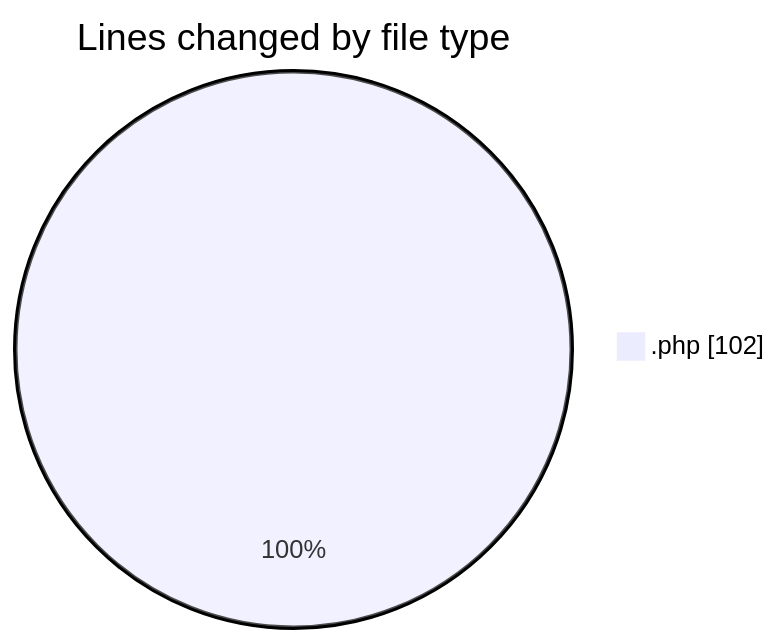
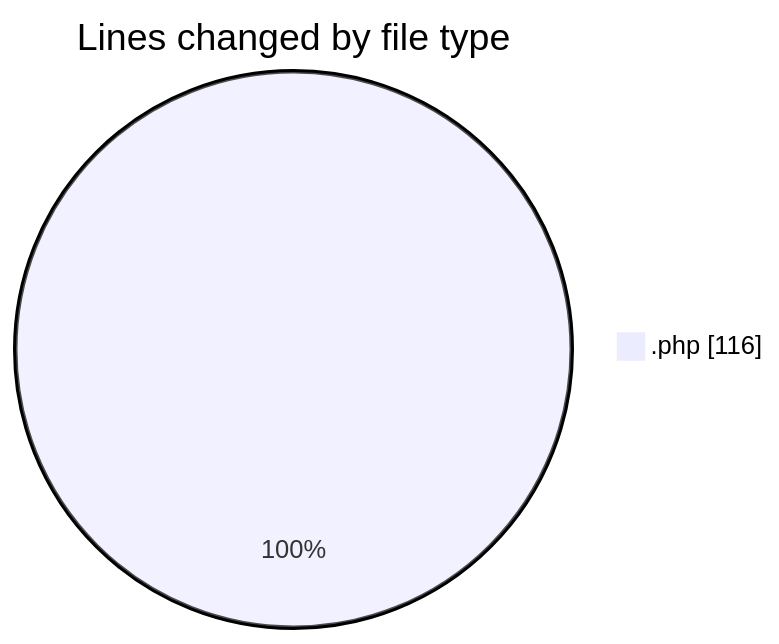
One commit to idhammustaqopulfikri/code-tracking changed the first of 2 diagrams in 2025-04-13/autodidak/README.md. Above: the diagram before and after it, drawn with Mermaid. The commit also changed other lines of this file and 1 other file, not shown here.

````diff
--- a/2025-04-13/autodidak/README.md
+++ b/2025-04-13/autodidak/README.md
@@ -21,5 +22,5 @@
 ```mermaid
 pie showData
 title Lines changed by file type
-".php" : 102
+".php" : 116
 ```
````
